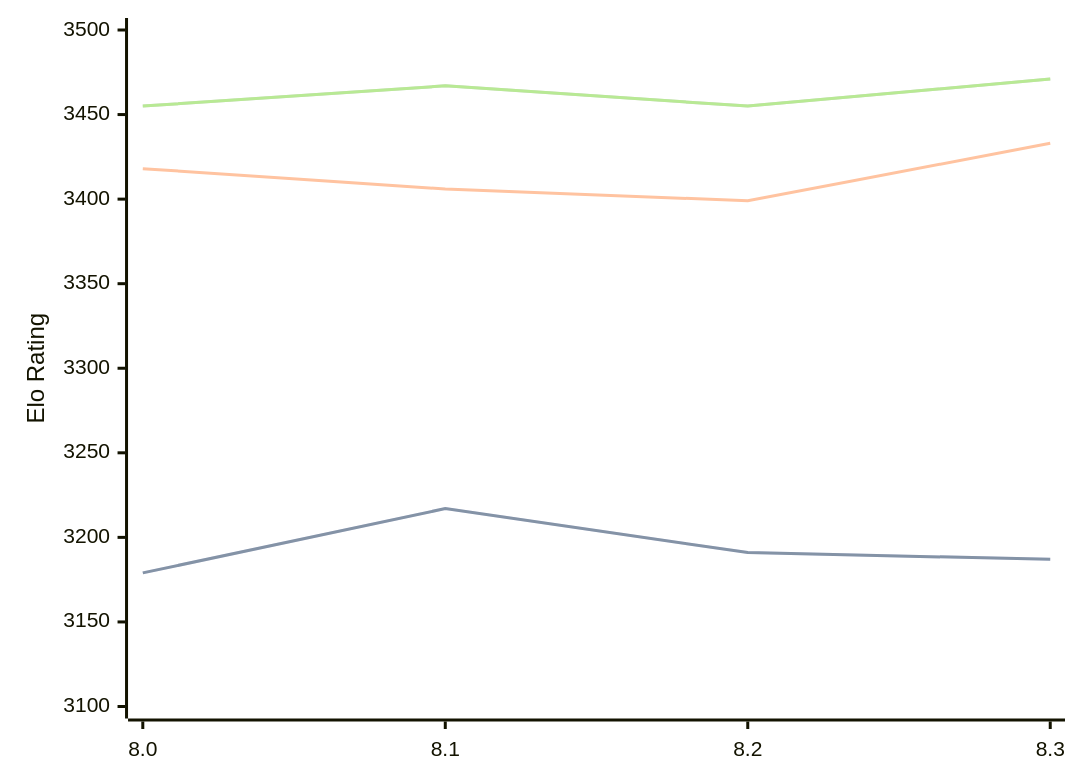
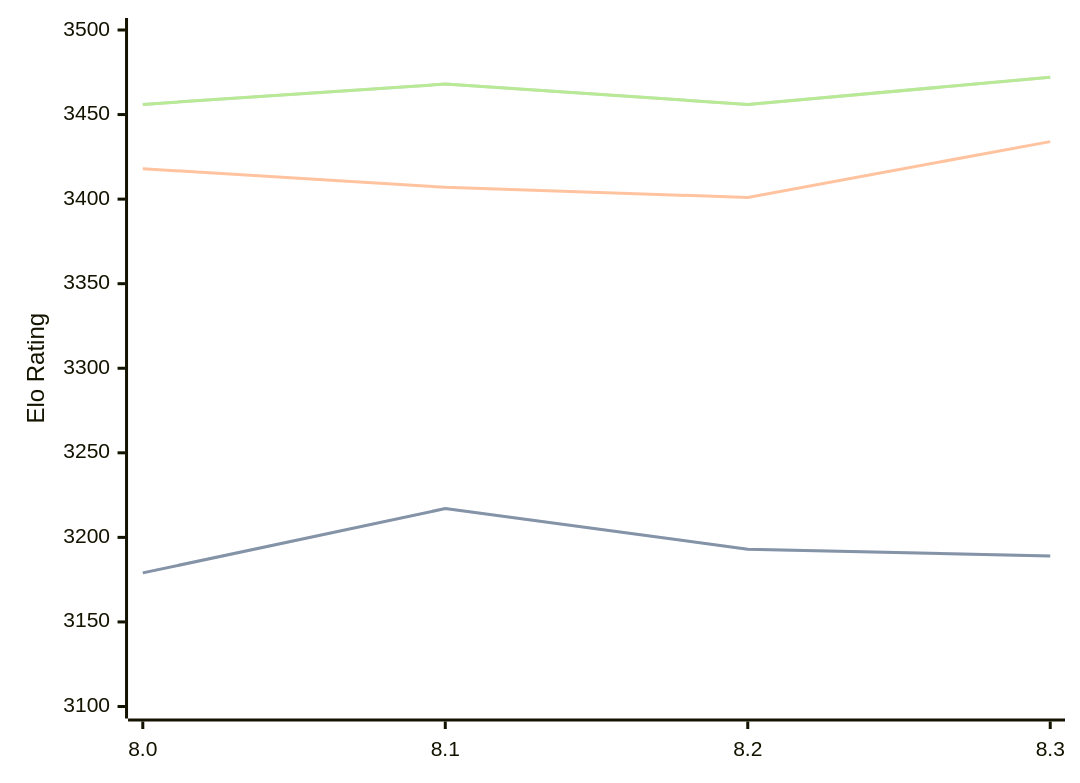
Before and after one commit to computer-chess-index/cci: the diagram in engines/Alexander.md, drawn with Mermaid. The commit also changed other lines of this file, not shown here.

Commit message:
Update CCI Ratings (ELO VLTC) - 2026-05-01

````diff
--- a/engines/Alexander.md
+++ b/engines/Alexander.md
@@ -48,11 +48,11 @@
 ```mermaid
 %%{init: {"theme":"base","themeVariables":{"seriesColors:['#a3a3a3','#222221','#faa371']}}}%%
 xychart-beta
   x-axis ["8.0", "8.1", "8.2", "8.3"]
   y-axis "Elo Rating" 3100 --> 3500
-  line "STC (8.0+0.08s)" [3179, 3217, 3191, 3187]
-  line "STC (8.0+0.08s)" [3179, 3217, 3191, 3187]
-  line "LTC (60.0+0.60s)" [3418, 3406, 3399, 3433]
-  line "VLTC (2m24s+1.12s)" [3455, 3467, 3455, 3471]
-  line "VLTC (2m24s+1.12s)" [3455, 3467, 3455, 3471]
+  line "STC (8.0+0.08s)" [3179, 3217, 3193, 3189]
+  line "STC (8.0+0.08s)" [3179, 3217, 3193, 3189]
+  line "LTC (60.0+0.60s)" [3418, 3407, 3401, 3434]
+  line "VLTC (2m24s+1.12s)" [3456, 3468, 3456, 3472]
+  line "VLTC (2m24s+1.12s)" [3456, 3468, 3456, 3472]
 ```
````
